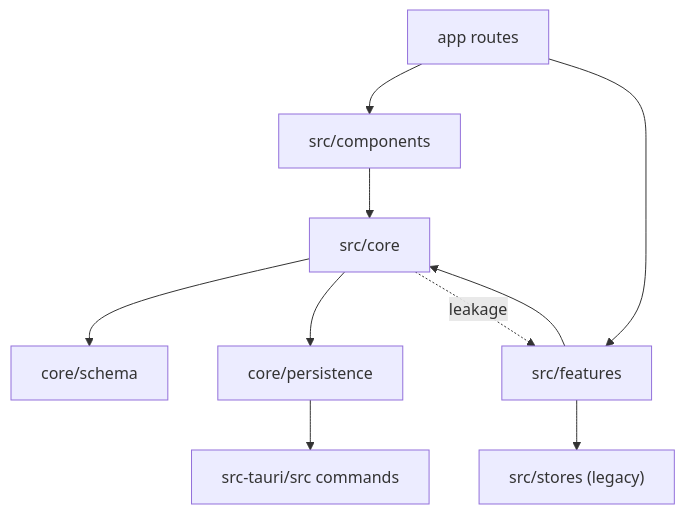
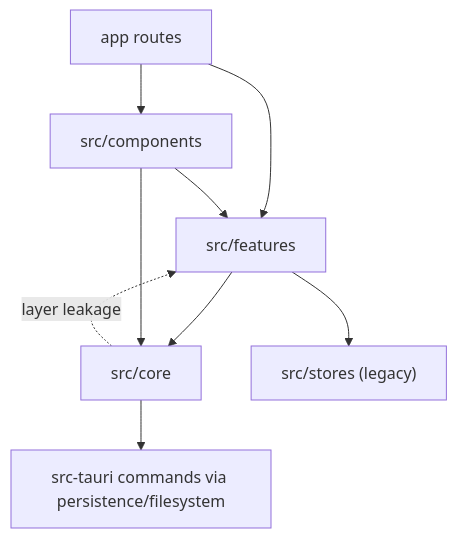
Before and after one commit to engryamato/HVAC_Canvas_App: the diagram in docs/ARCHITECTURE.md, drawn with Mermaid. The commit also changed other lines of this file and 112 other files, not shown here.

````diff
--- a/docs/ARCHITECTURE.md
+++ b/docs/ARCHITECTURE.md
@@ -46,12 +46,11 @@
 ```mermaid
 graph TD
     app["app routes"] --> components["src/components"]
     app --> features["src/features"]
+    components --> features
     features --> core["src/core"]
     components --> core
-    features --> storesLegacy["src/stores (legacy)"]
-    core --> schema["core/schema"]
-    core --> persistence["core/persistence"]
-    persistence --> tauri["src-tauri/src commands"]
-    core -. leakage .-> features
+    features --> legacy["src/stores (legacy)"]
+    core --> tauri["src-tauri commands via persistence/filesystem"]
+    core -. layer leakage .-> features
 ```
````
